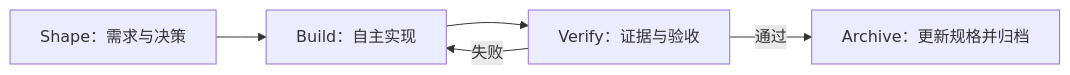
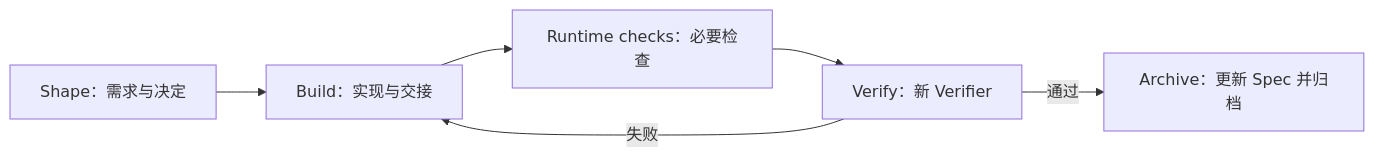
One commit to rpamis/comet-website-docs changed the diagram in zh/native/quickstart.mdx. Above: the diagram before and after it, drawn with Mermaid. The commit also changed other lines of this file and 45 other files, not shown here.

````diff
--- a/zh/native/quickstart.mdx
+++ b/zh/native/quickstart.mdx
@@ -12,7 +10,8 @@
 ```mermaid
 flowchart LR
-  S["Shape：需求与决策"] --> B["Build：自主实现"]
-  B --> V["Verify：证据与验收"]
-  V -->|通过| A["Archive：更新规格并归档"]
+  S["Shape：需求与决定"] --> B["Build：实现与交接"]
+  B --> C["Runtime checks：必要检查"]
+  C --> V["Verify：新 Verifier"]
+  V -->|通过| A["Archive：更新 Spec 并归档"]
   V -->|失败| B
 ```
````
